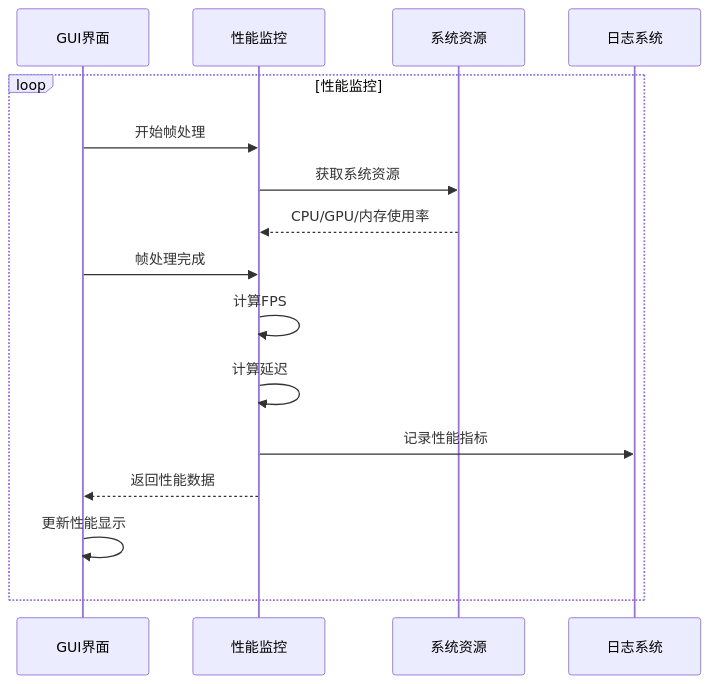
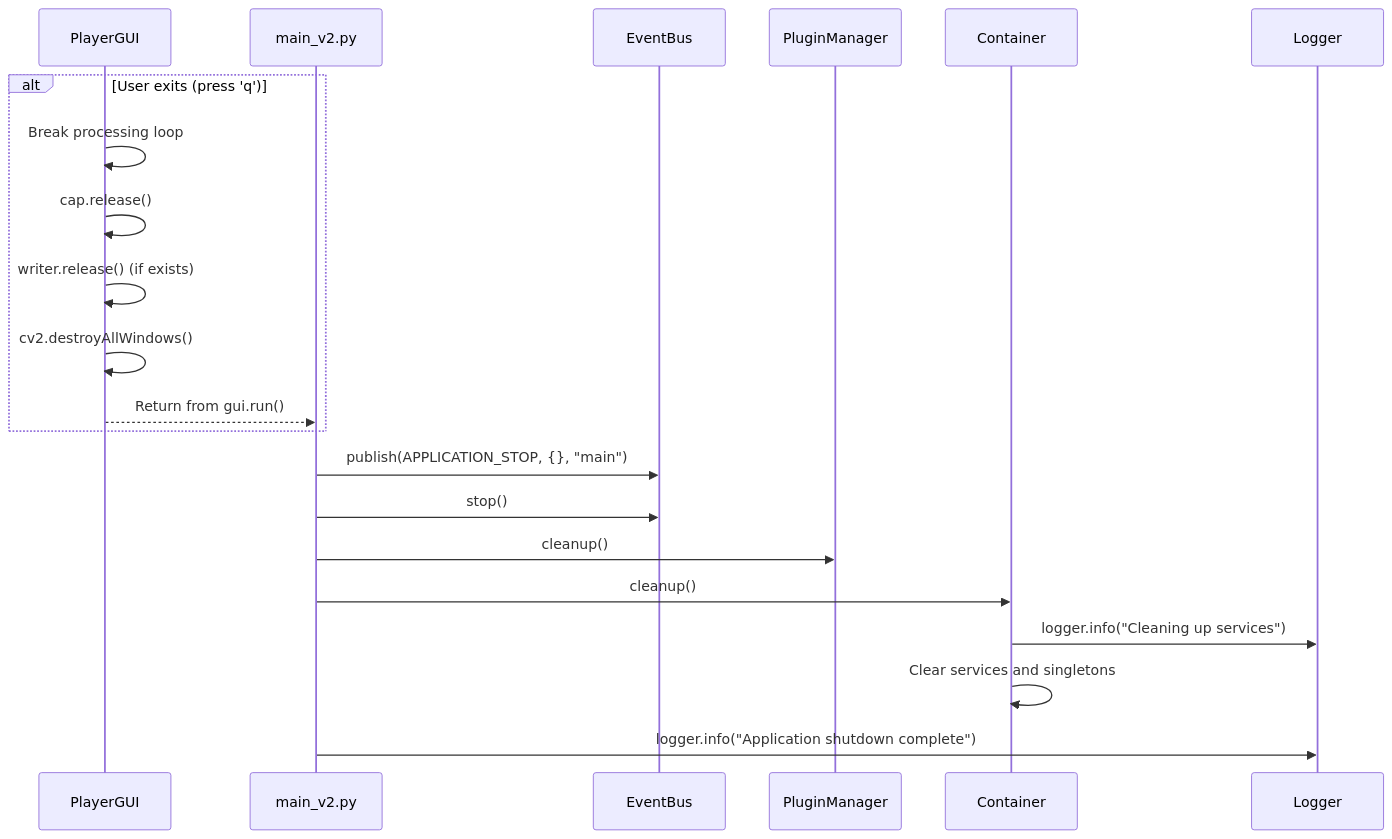
Before and after one commit to franciszero/RopeJumpCounter: the eighth of 9 diagrams in docs/SEQUENCE_DIAGRAM.md, drawn with Mermaid. The commit also changed other lines of this file and 289 other files, not shown here.

````diff
--- a/docs/SEQUENCE_DIAGRAM.md
+++ b/docs/SEQUENCE_DIAGRAM.md
@@ -167,22 +325,27 @@
 ```mermaid
 sequenceDiagram
-    participant GUI as GUI界面
-    participant Perf as 性能监控
-    participant System as 系统资源
-    participant Logger as 日志系统
+    participant GUI as PlayerGUI
+    participant MainV2 as main_v2.py
+    participant EventBus as EventBus
+    participant PluginManager as PluginManager
+    participant Container as Container
+    participant Logger as Logger
     
-    loop 性能监控
-        GUI->>Perf: 开始帧处理
-        Perf->>System: 获取系统资源
-        System-->>Perf: CPU/GPU/内存使用率
-        
-        GUI->>Perf: 帧处理完成
-        Perf->>Perf: 计算FPS
-        Perf->>Perf: 计算延迟
-        
-        Perf->>Logger: 记录性能指标
-        Perf-->>GUI: 返回性能数据
-        
-        GUI->>GUI: 更新性能显示
+    alt User exits (press 'q')
+        GUI->>GUI: Break processing loop
+        GUI->>GUI: cap.release()
+        GUI->>GUI: writer.release() (if exists)
+        GUI->>GUI: cv2.destroyAllWindows()
+        GUI-->>MainV2: Return from gui.run()
     end
+    
+    MainV2->>EventBus: publish(APPLICATION_STOP, {}, "main")
+    MainV2->>EventBus: stop()
+    MainV2->>PluginManager: cleanup()
+    MainV2->>Container: cleanup()
+    
+    Container->>Logger: logger.info("Cleaning up services")
+    Container->>Container: Clear services and singletons
+    
+    MainV2->>Logger: logger.info("Application shutdown complete")
 ```
````
